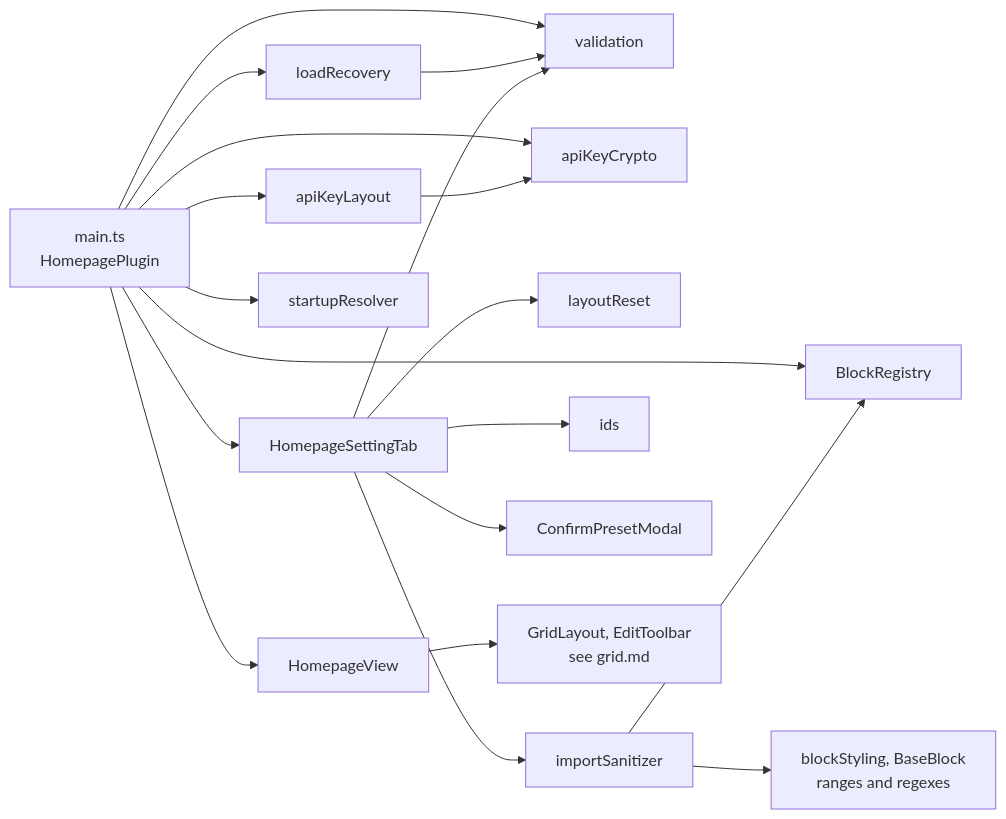
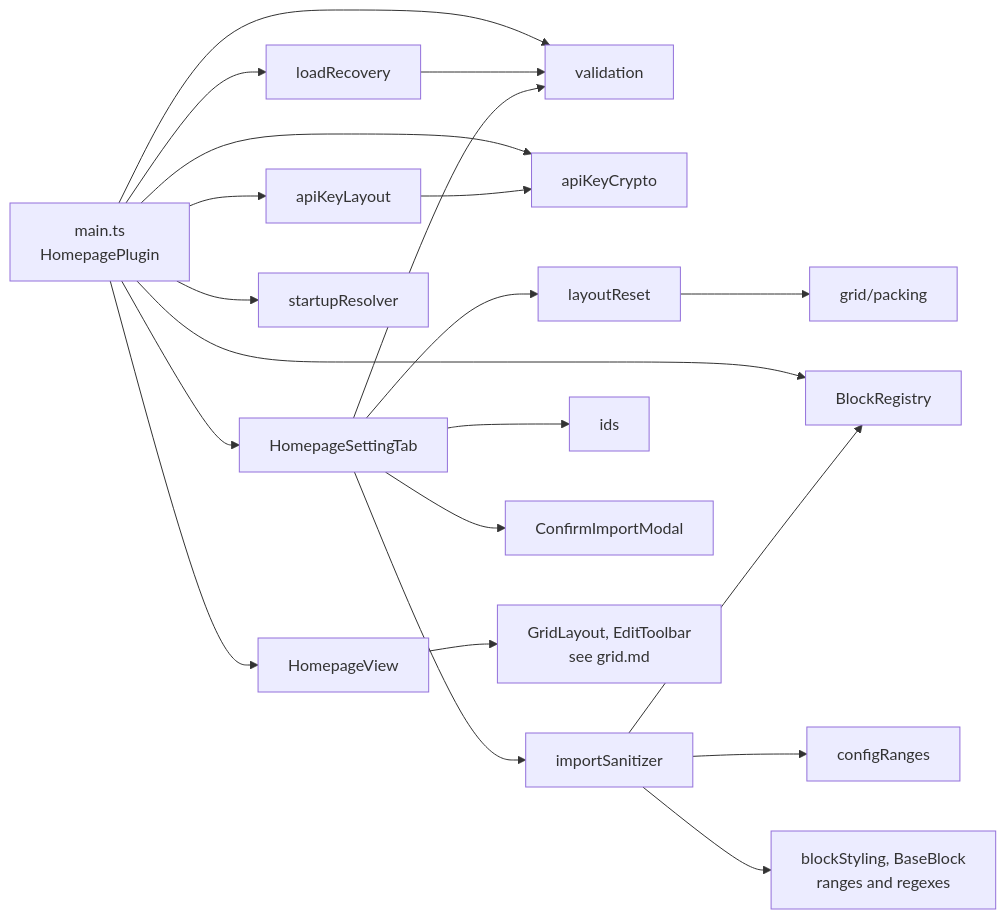
One commit to acaprino/obsidian-plugin-homepage changed the first of 3 diagrams in docs/api/plugin.md. Above: the diagram before and after it, drawn with Mermaid. The commit also changed other lines of this file and 10 other files, not shown here.

Commit message:
docs: developer docs follow the X-ray fixes (sync reload, import, reset, voice, grid)

````diff
--- a/docs/api/plugin.md
+++ b/docs/api/plugin.md
@@ -35,21 +40,23 @@
 ```mermaid
 flowchart LR
   main["main.ts<br/>HomepagePlugin"] --> view["HomepageView"]
   main --> tab["HomepageSettingTab"]
   main --> reg["BlockRegistry"]
   main --> val["validation"]
   main --> lr["loadRecovery"]
   main --> akl["apiKeyLayout"]
   main --> akc["apiKeyCrypto"]
   main --> sr["startupResolver"]
   lr --> val
   akl --> akc
   tab --> val
   tab --> rst["layoutReset"]
   tab --> san["importSanitizer"]
   tab --> ids["ids"]
-  tab --> cpm["ConfirmPresetModal"]
+  tab --> cim["ConfirmImportModal"]
+  rst --> pack["grid/packing"]
   san --> reg
+  san --> cr["configRanges"]
   san --> sty["blockStyling, BaseBlock<br/>ranges and regexes"]
   view --> grid["GridLayout, EditToolbar<br/>see grid.md"]
 ```
````
